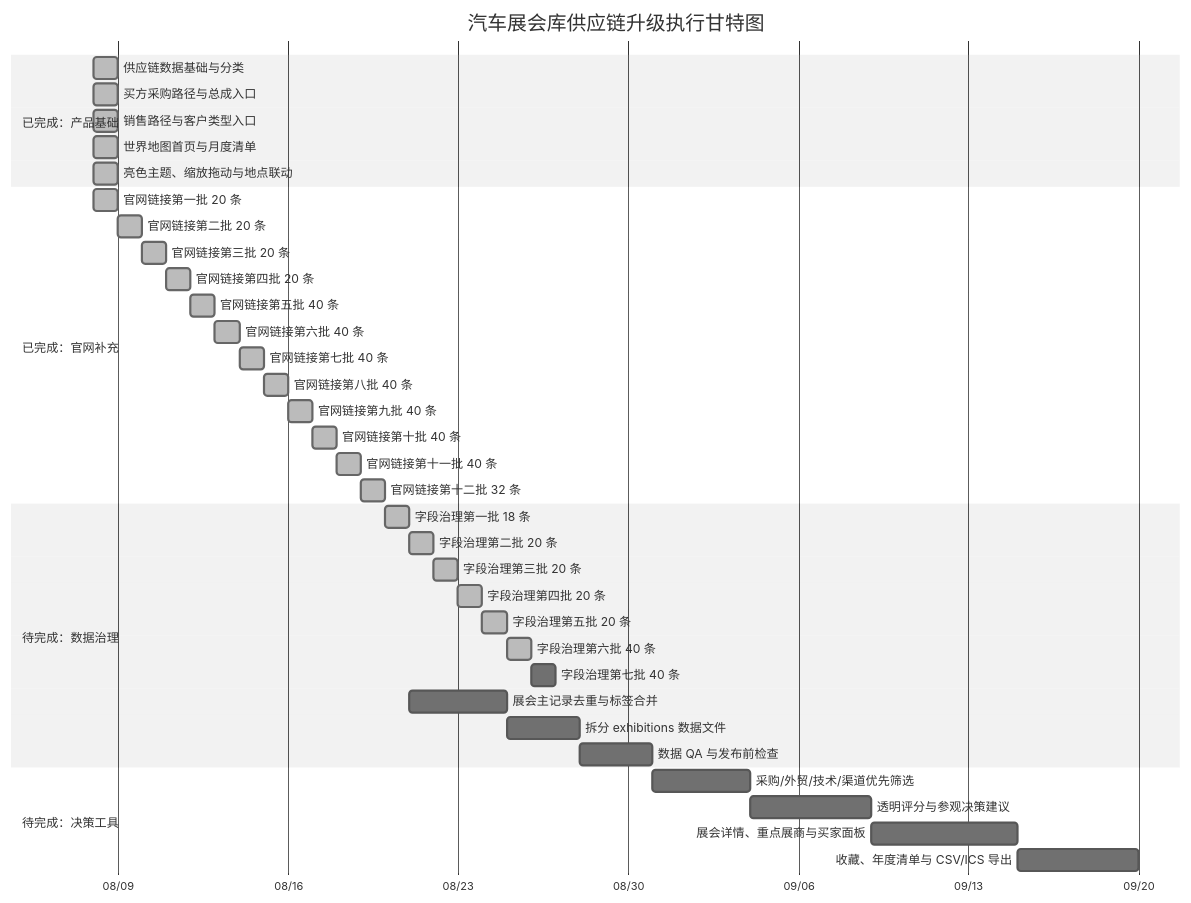
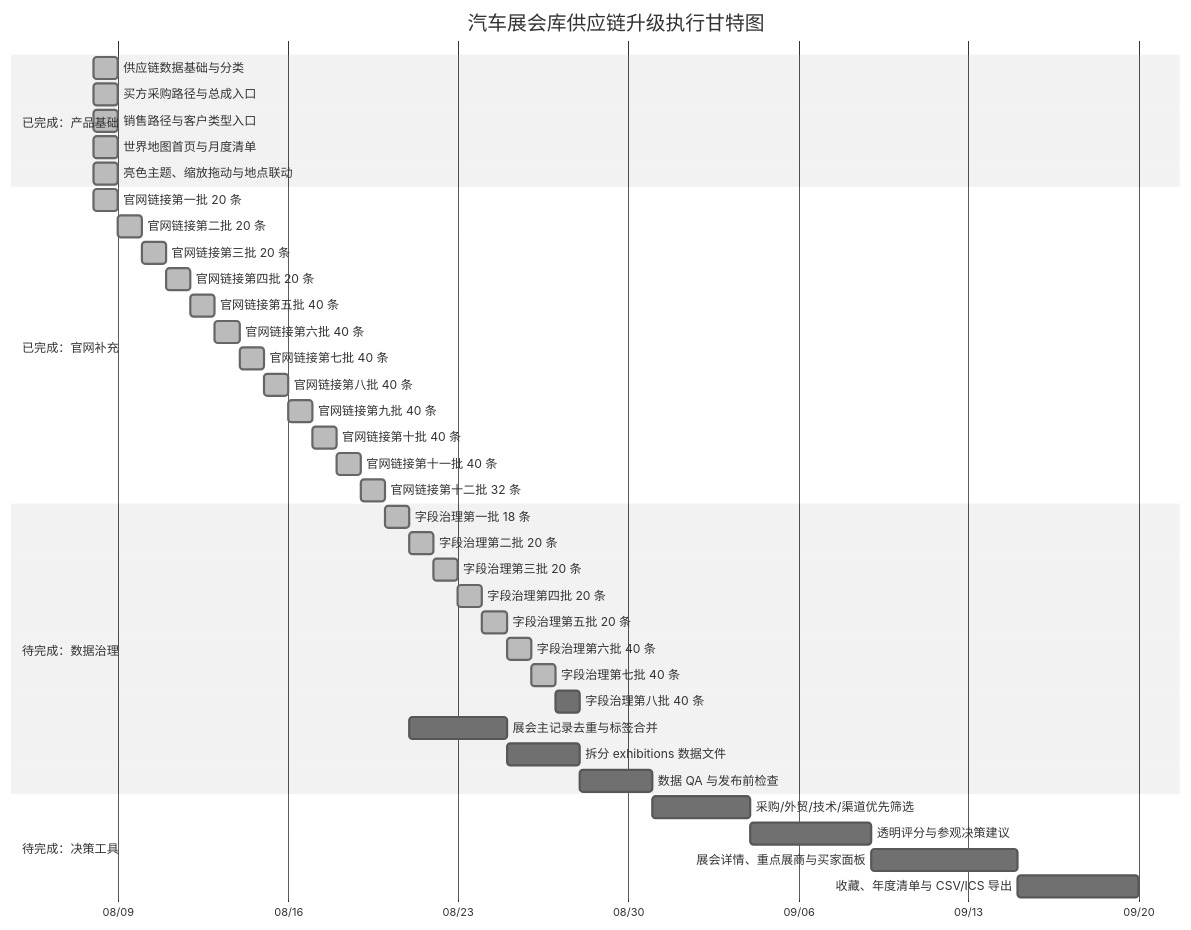
One commit to Cloudyluk/auto-expo changed the diagram in docs/PROJECT_PROGRESS.md. Above: the diagram before and after it, drawn with Mermaid (neutral theme). The commit also changed other lines of this file and 3 other files, not shown here.

````diff
--- a/docs/PROJECT_PROGRESS.md
+++ b/docs/PROJECT_PROGRESS.md
@@ -20,41 +20,42 @@
 ```mermaid
 gantt
     title 汽车展会库供应链升级执行甘特图
     dateFormat  YYYY-MM-DD
     axisFormat  %m/%d
     section 已完成：产品基础
     供应链数据基础与分类             :done, foundation, 2026-08-08, 1d
     买方采购路径与总成入口           :done, buyer, 2026-08-08, 1d
     销售路径与客户类型入口           :done, seller, 2026-08-08, 1d
     世界地图首页与月度清单           :done, map, 2026-08-08, 1d
     亮色主题、缩放拖动与地点联动     :done, interaction, 2026-08-08, 1d
     section 已完成：官网补充
     官网链接第一批 20 条             :done, links1, 2026-08-08, 1d
     官网链接第二批 20 条             :done, links2, after links1, 1d
     官网链接第三批 20 条             :done, links3, after links2, 1d
     官网链接第四批 20 条             :done, links4, after links3, 1d
     官网链接第五批 40 条             :done, links5done, after links4, 1d
     官网链接第六批 40 条             :done, links6done, after links5done, 1d
     官网链接第七批 40 条             :done, links7done, after links6done, 1d
     官网链接第八批 40 条             :done, links8done, after links7done, 1d
     官网链接第九批 40 条             :done, links9done, after links8done, 1d
     官网链接第十批 40 条             :done, links10done, after links9done, 1d
     官网链接第十一批 40 条           :done, links11done, after links10done, 1d
     官网链接第十二批 32 条           :done, links12done, after links11done, 1d
     section 待完成：数据治理
     字段治理第一批 18 条             :done, fields1, after links12done, 1d
     字段治理第二批 20 条             :done, fields2, after fields1, 1d
     字段治理第三批 20 条             :done, fields3, after fields2, 1d
     字段治理第四批 20 条             :done, fields4, after fields3, 1d
     字段治理第五批 20 条             :done, fields5, after fields4, 1d
     字段治理第六批 40 条             :done, fields6, after fields5, 1d
-    字段治理第七批 40 条             :fields7, after fields6, 1d
+    字段治理第七批 40 条             :done, fields7, after fields6, 1d
+    字段治理第八批 40 条             :fields8, after fields7, 1d
     展会主记录去重与标签合并         :dedupe, after fields, 4d
     拆分 exhibitions 数据文件        :split, after dedupe, 3d
     数据 QA 与发布前检查              :qa, after split, 3d
     section 待完成：决策工具
     采购/外贸/技术/渠道优先筛选       :filters, after qa, 4d
     透明评分与参观决策建议           :score, after filters, 5d
     展会详情、重点展商与买家面板      :detail, after score, 6d
     收藏、年度清单与 CSV/ICS 导出     :plan, after detail, 5d
 ```
````
